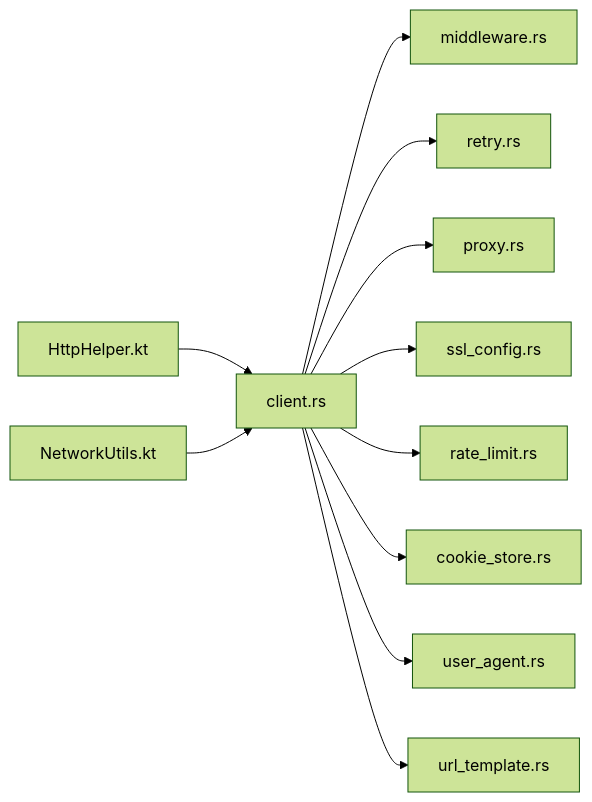
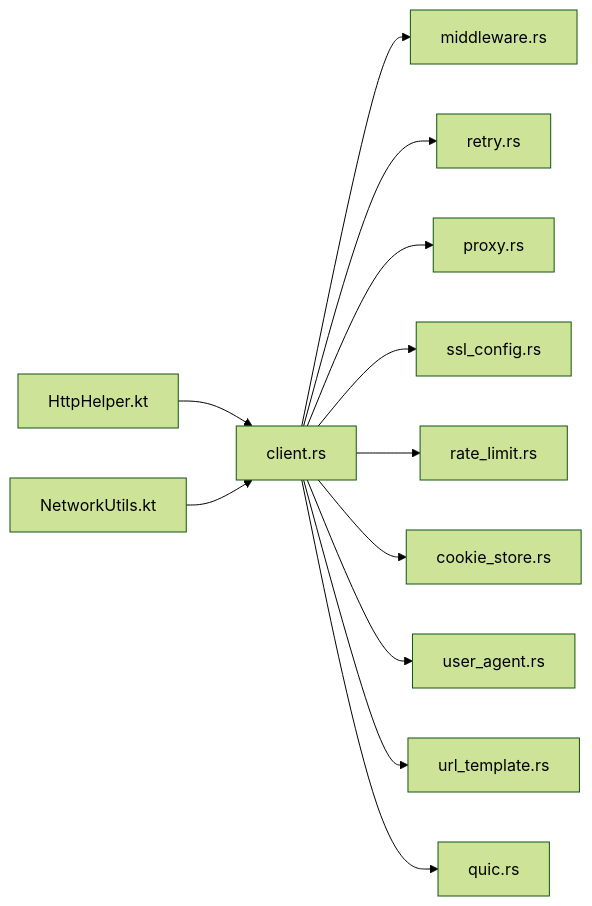
Diagram 11 of 11 in .qoder/repowiki/zh/content/架构设计/通信机制/网络通信.md (ZhangGHGitHub/LegadoTeamFlutter), drawn with Mermaid (forest theme) before and after one commit. The commit also changed other lines of this file and 66 other files, not shown here.

````diff
--- a/.qoder/repowiki/zh/content/架构设计/通信机制/网络通信.md
+++ b/.qoder/repowiki/zh/content/架构设计/通信机制/网络通信.md
@@ -492,13 +586,14 @@
 ```mermaid
 graph LR
 Client["client.rs"] --> MW["middleware.rs"]
 Client --> RT["retry.rs"]
 Client --> PR["proxy.rs"]
 Client --> SSL["ssl_config.rs"]
 Client --> RL["rate_limit.rs"]
 Client --> CS["cookie_store.rs"]
 Client --> UA["user_agent.rs"]
 Client --> UT["url_template.rs"]
+Client --> QUIC["quic.rs"]
 App["HttpHelper.kt"] --> Client
 Utils["NetworkUtils.kt"] --> Client
 ```
````
